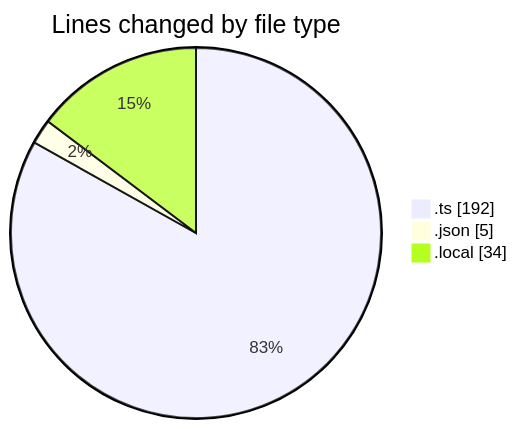
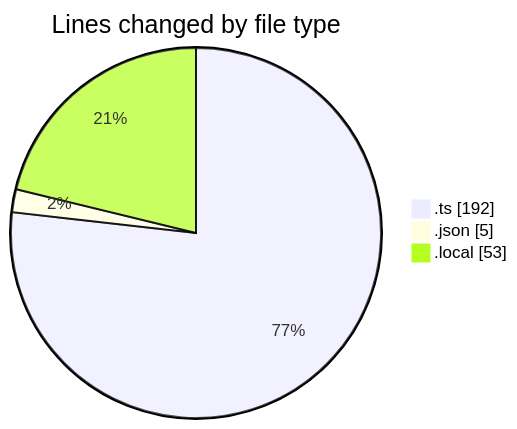
The first of 2 diagrams in 2025-10-31/temp_mr_252/README.md (julien-gomy/code-tracking), drawn with Mermaid before and after one commit. The commit also changed other lines of this file and 1 other file, not shown here.

````diff
--- a/2025-10-31/temp_mr_252/README.md
+++ b/2025-10-31/temp_mr_252/README.md
@@ -24,7 +24,7 @@
 ```mermaid
 pie showData
 title Lines changed by file type
 ".ts" : 192
 ".json" : 5
-".local" : 34
+".local" : 53
 ```
````
